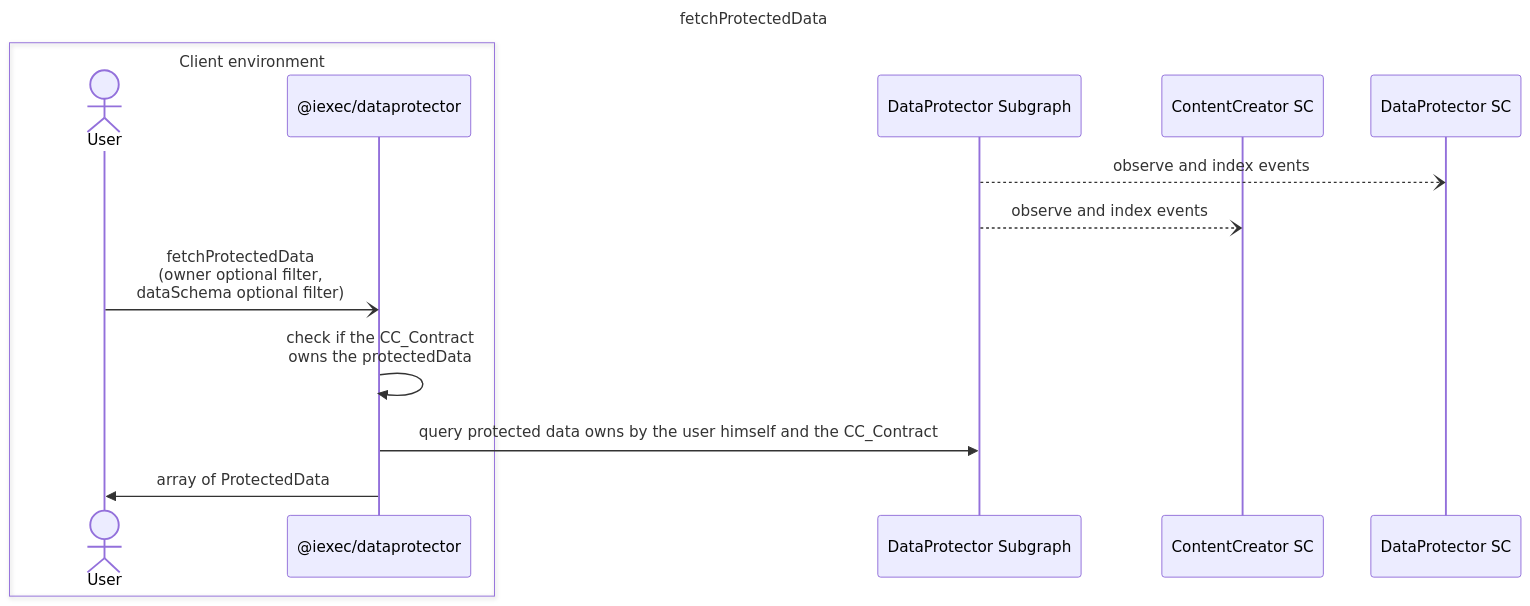
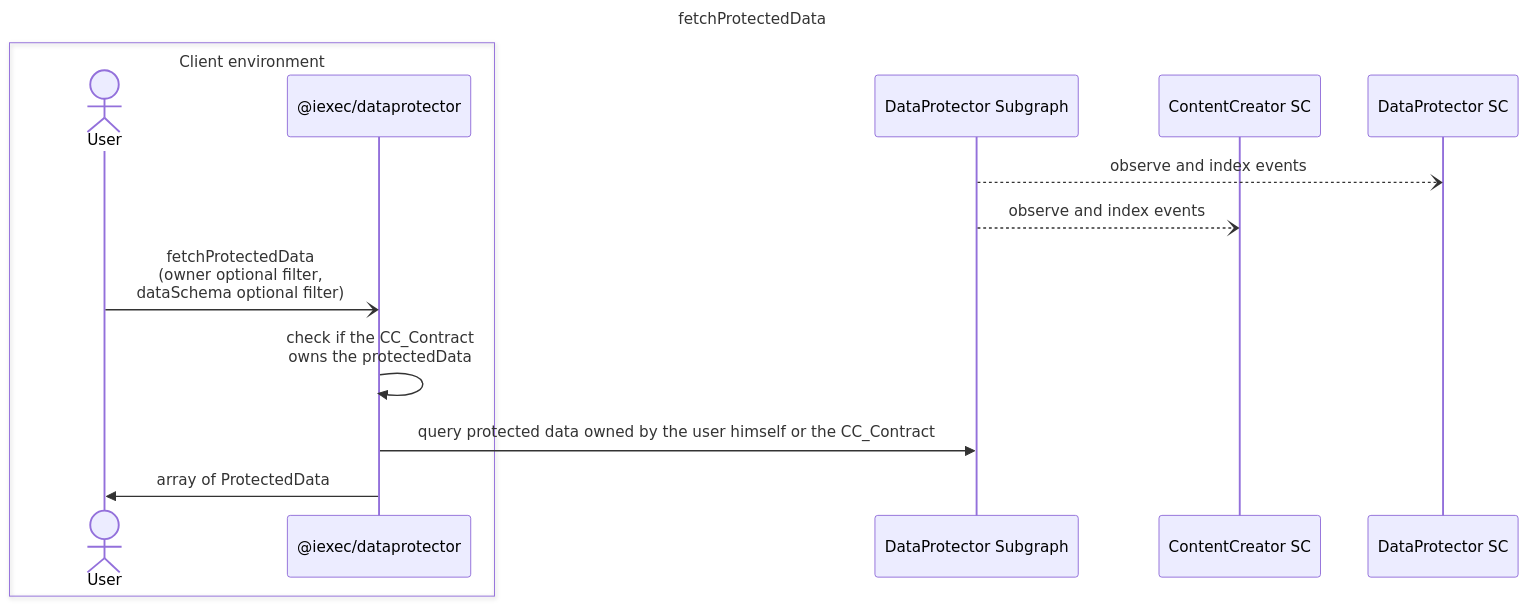
One commit to iExecBlockchainComputing/dataprotector-sdk changed the diagram in technical-design/uml/sequence-fetchProtectedData.md. Above: the diagram before and after it, drawn with Mermaid.

````diff
--- a/technical-design/uml/sequence-fetchProtectedData.md
+++ b/technical-design/uml/sequence-fetchProtectedData.md
@@ -3,26 +3,26 @@
 ```mermaid
 sequenceDiagram
     title fetchProtectedData
 
     box Client environment
         actor User
         participant SDK as @iexec/dataprotector
     end
 
     participant DPSG as DataProtector Subgraph
     participant CCSC as ContentCreator SC
     participant DPSC as DataProtector SC
 
     DPSG --) DPSC: observe and index events
 
     DPSG --) CCSC: observe and index events
 
     User -) SDK: fetchProtectedData<br>(owner optional filter,<br>dataSchema optional filter)
 
     SDK ->> SDK: check if the CC_Contract <br> owns the protectedData
 
 
-    SDK ->> DPSG: query protected data owns by the user himself and the CC_Contract
+    SDK ->> DPSG: query protected data owned by the user himself or the CC_Contract
 
     SDK ->> User: array of ProtectedData
 ```
````
